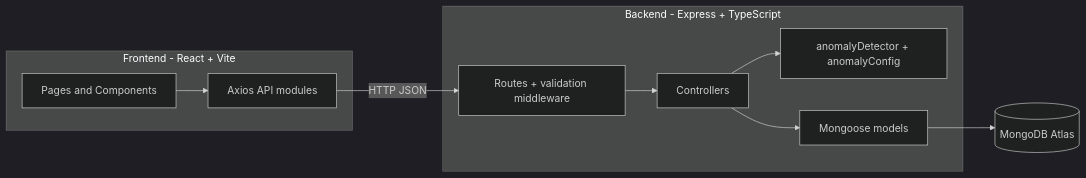
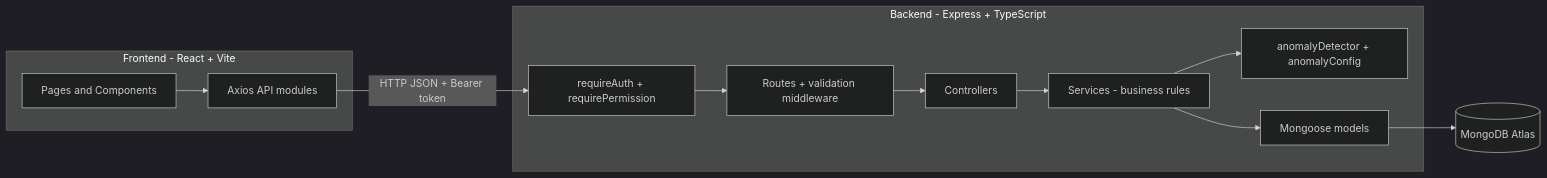
One commit to devyanshnandeshwar/dialysis-dashboard changed the diagram in README.md. Above: the diagram before and after it, drawn with Mermaid (dark theme). The commit also changed other lines of this file, not shown here.

````diff
--- a/README.md
+++ b/README.md
@@ -29,23 +62,27 @@
 ```mermaid
 flowchart LR
   subgraph FE[Frontend - React + Vite]
     Pages[Pages and Components]
     ApiClient[Axios API modules]
     Pages --> ApiClient
   end
 
   subgraph BE[Backend - Express + TypeScript]
+    Auth[requireAuth + requirePermission]
     Routes[Routes + validation middleware]
     Controllers[Controllers]
+    Services[Services - business rules]
     Detector[anomalyDetector + anomalyConfig]
     Models[Mongoose models]
+    Auth --> Routes
     Routes --> Controllers
-    Controllers --> Detector
-    Controllers --> Models
+    Controllers --> Services
+    Services --> Detector
+    Services --> Models
   end
 
   DB[(MongoDB Atlas)]
 
-  ApiClient -->|HTTP JSON| Routes
+  ApiClient -->|HTTP JSON + Bearer token| Auth
   Models --> DB
 ```
````
